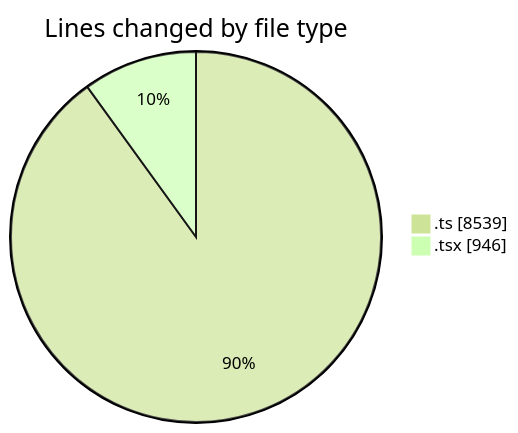
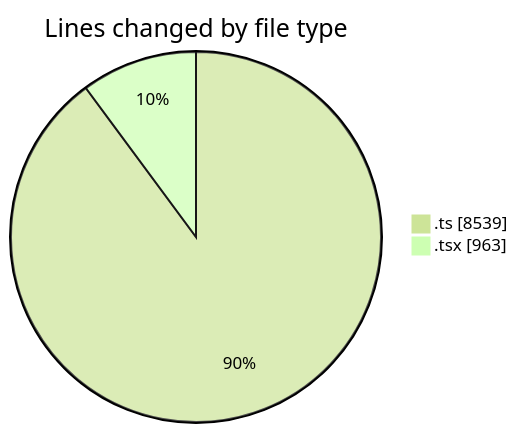
The first of 2 diagrams in 2025-07-14/cda/README.md (momahboobian/code-tracking), drawn with Mermaid (forest theme) before and after one commit. The commit also changed other lines of this file and 1 other file, not shown here.

````diff
--- a/2025-07-14/cda/README.md
+++ b/2025-07-14/cda/README.md
@@ -26,6 +26,6 @@
 ```mermaid
 pie showData
 title Lines changed by file type
 ".ts" : 8539
-".tsx" : 946
+".tsx" : 963
 ```
````
